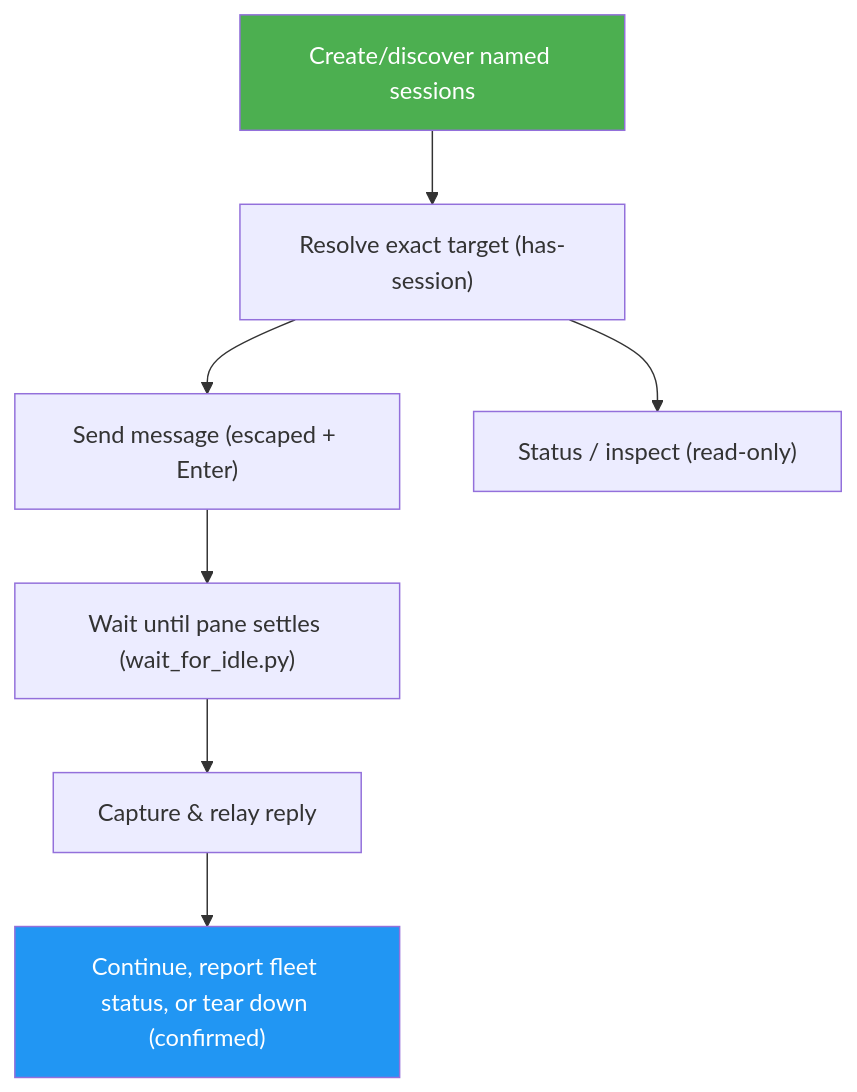
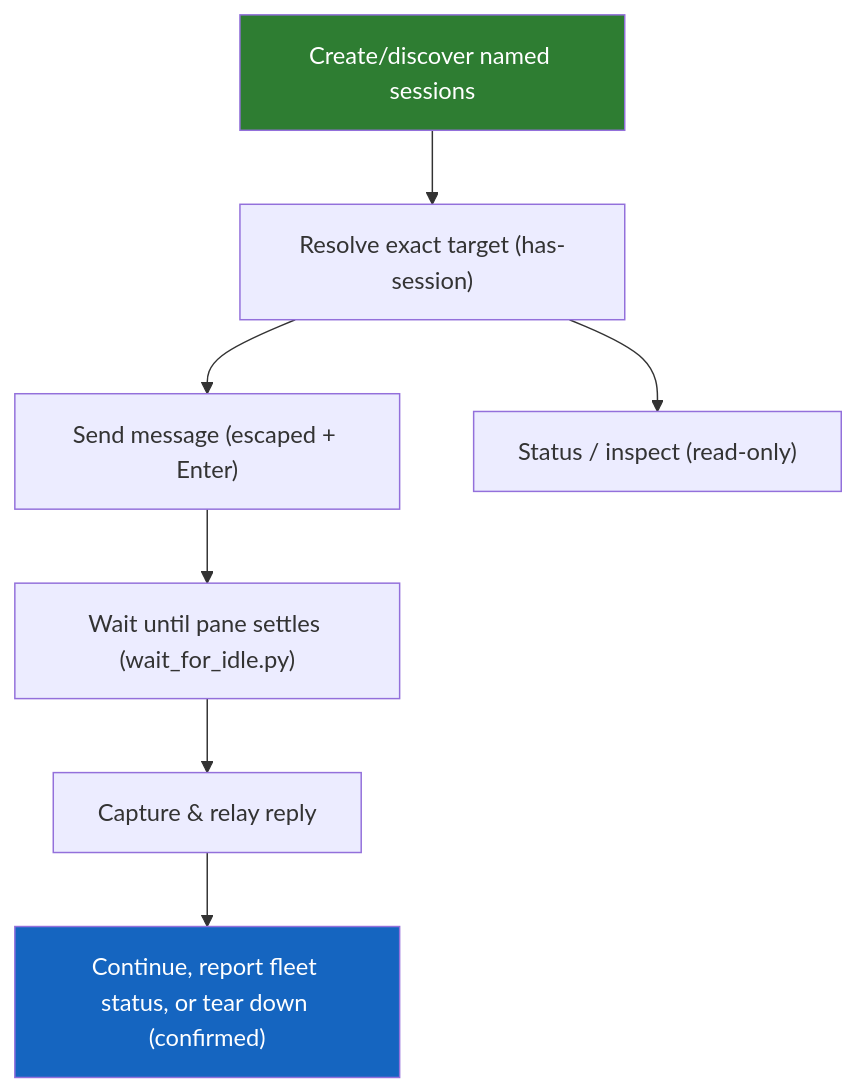
One commit to luongnv89/skills changed the diagram in skills/tmux-agent-comms/docs/README.md. Above: the diagram before and after it, drawn with Mermaid. The commit also changed other lines of this file and 2 other files, not shown here.

Commit message:
fix: address tmux agent comms review notes

````diff
--- a/skills/tmux-agent-comms/docs/README.md
+++ b/skills/tmux-agent-comms/docs/README.md
@@ -36,11 +36,11 @@
 ```mermaid
 graph TD
     A["Create/discover named sessions"] --> B["Resolve exact target (has-session)"]
     B --> C["Send message (escaped + Enter)"]
     B --> S["Status / inspect (read-only)"]
     C --> D["Wait until pane settles (wait_for_idle.py)"]
     D --> E["Capture & relay reply"]
     E --> F["Continue, report fleet status, or tear down (confirmed)"]
-    style A fill:#4CAF50,color:#fff
-    style F fill:#2196F3,color:#fff
+    style A fill:#2E7D32,color:#fff
+    style F fill:#1565C0,color:#fff
 ```
````
